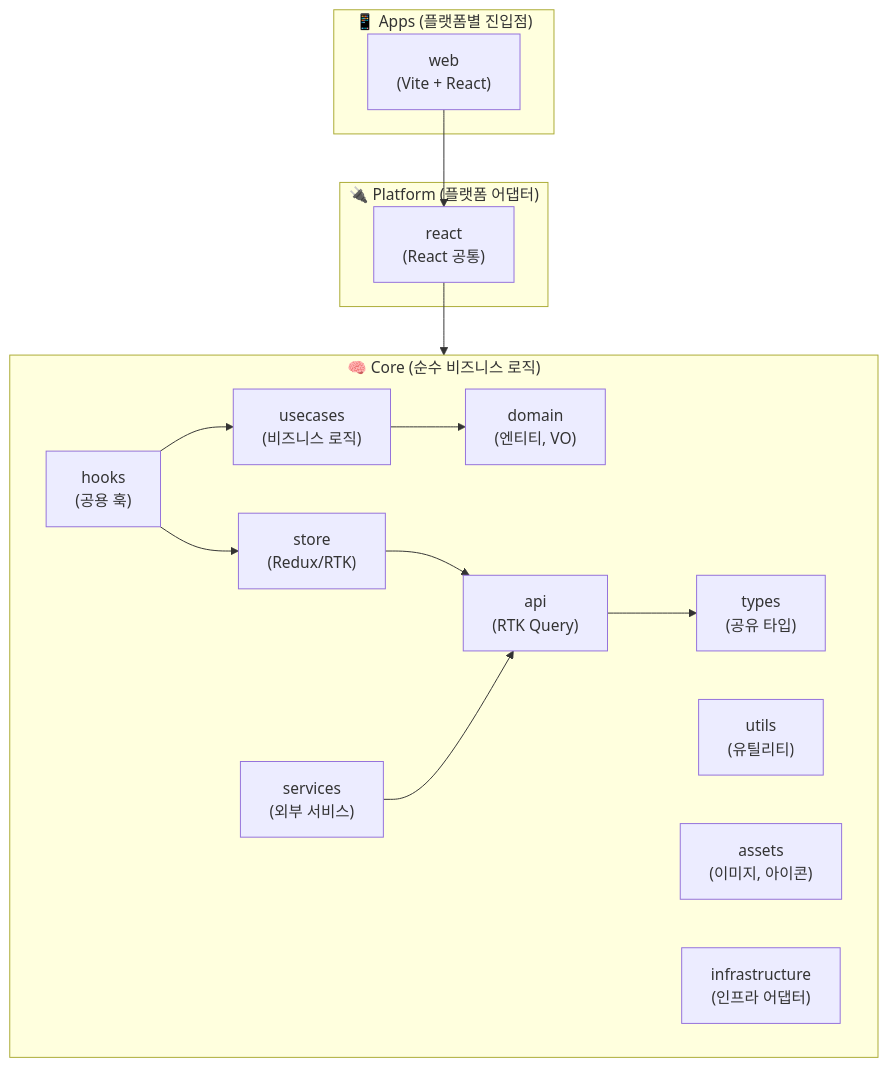
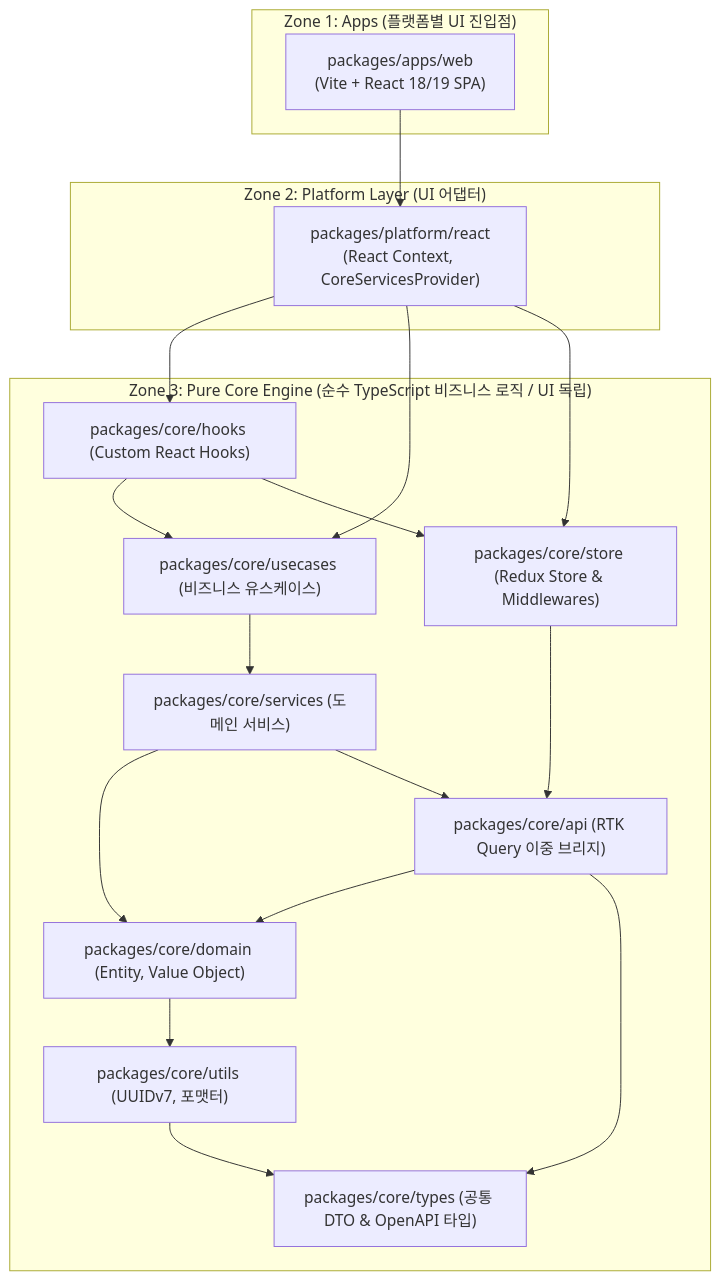
One commit to ramyo564/L_N_Project changed the diagram in Frontend/README.md. Above: the diagram before and after it, drawn with Mermaid. The commit also changed other lines of this file and 5 other files, not shown here.

````diff
--- a/Frontend/README.md
+++ b/Frontend/README.md
@@ -217,37 +51,35 @@
 ```mermaid
-graph TD
-    subgraph Apps ["📱 Apps (플랫폼별 진입점)"]
-        Web["web<br/>(Vite + React)"]
+flowchart TB
+    %% Zone 1: Apps
+    subgraph Zone1 ["Zone 1: Apps (플랫폼별 UI 진입점)"]
+        WEB["packages/apps/web\n(Vite + React 18/19 SPA)"]
     end
 
-    subgraph Platform ["🔌 Platform (플랫폼 어댑터)"]
-        PlatReact["react<br/>(React 공통)"]
+    %% Zone 2: Platform Adapters
+    subgraph Zone2 ["Zone 2: Platform Layer (UI 어댑터)"]
+        PLAT_REACT["packages/platform/react\n(React Context, CoreServicesProvider)"]
+        WEB --> PLAT_REACT
     end
 
-    subgraph Core ["🧠 Core (순수 비즈니스 로직)"]
-        Domain["domain<br/>(엔티티, VO)"]
-        Usecases["usecases<br/>(비즈니스 로직)"]
-        Store["store<br/>(Redux/RTK)"]
-        API["api<br/>(RTK Query)"]
-        Services["services<br/>(외부 서비스)"]
-        Hooks["hooks<br/>(공용 훅)"]
-        Types["types<br/>(공유 타입)"]
-        Utils["utils<br/>(유틸리티)"]
-        Assets["assets<br/>(이미지, 아이콘)"]
-        Infrastructure["infrastructure<br/>(인프라 어댑터)"]
+    %% Zone 3: Core Business Engine
+    subgraph Zone3 ["Zone 3: Pure Core Engine (순수 TypeScript 비즈니스 로직 / UI 독립)"]
+        HOOKS["packages/core/hooks (Custom React Hooks)"]
+        USECASES["packages/core/usecases (비즈니스 유스케이스)"]
+        STORE["packages/core/store (Redux Store & Middlewares)"]
+        API["packages/core/api (RTK Query 이중 브리지)"]
+        SERVICES["packages/core/services (도메인 서비스)"]
+        DOMAIN["packages/core/domain (Entity, Value Object)"]
+        TYPES["packages/core/types (공통 DTO & OpenAPI 타입)"]
+        UTILS["packages/core/utils (UUIDv7, 포맷터)"]
+        
+        HOOKS --> USECASES --> SERVICES --> DOMAIN
+        HOOKS --> STORE --> API --> DOMAIN
+        SERVICES --> API
+        API --> TYPES
+        DOMAIN --> UTILS --> TYPES
     end
 
-    %% Apps → Platform
-    Web --> PlatReact
-
-    %% Platform → Core (전체 Core 패키지 공유)
-    PlatReact --> Core
-
-    %% Core 내부 의존성
-    Usecases --> Domain
-    Store --> API
-    API --> Types
-    Services --> API
-    Hooks --> Store
-    Hooks --> Usecases
+    PLAT_REACT --> HOOKS
+    PLAT_REACT --> USECASES
+    PLAT_REACT --> STORE
 ```
````
